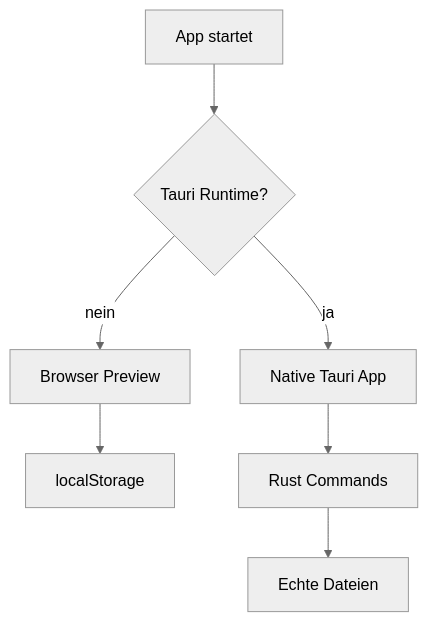
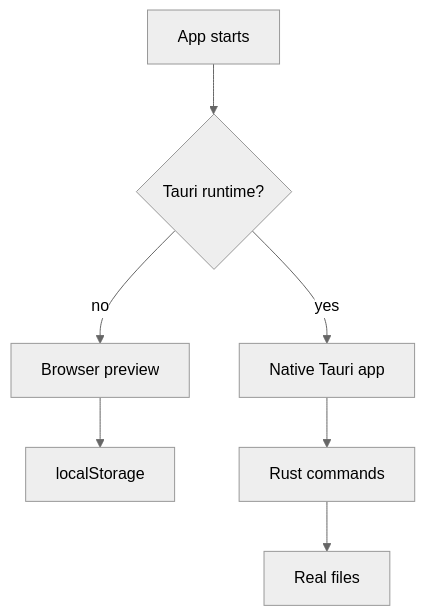
Before and after one commit to hannesgnann-hub/easyalias: the third of 7 diagrams in mac_src/docs/ARCHITECTURE.md, drawn with Mermaid (neutral theme). The commit also changed other lines of this file and 2 other files, not shown here.

````diff
--- a/mac_src/docs/ARCHITECTURE.md
+++ b/mac_src/docs/ARCHITECTURE.md
@@ -70,17 +70,17 @@
 ```mermaid
 flowchart TD
-  Start["App startet"]
-  Runtime{"Tauri Runtime?"}
-  Browser["Browser Preview"]
-  Native["Native Tauri App"]
+  Start["App starts"]
+  Runtime{"Tauri runtime?"}
+  Browser["Browser preview"]
+  Native["Native Tauri app"]
   LocalStorage["localStorage"]
-  Backend["Rust Commands"]
-  RealFiles["Echte Dateien"]
+  Backend["Rust commands"]
+  RealFiles["Real files"]
 
   Start --> Runtime
-  Runtime -- "nein" --> Browser
+  Runtime -- "no" --> Browser
   Browser --> LocalStorage
-  Runtime -- "ja" --> Native
+  Runtime -- "yes" --> Native
   Native --> Backend
   Backend --> RealFiles
 ```
````
